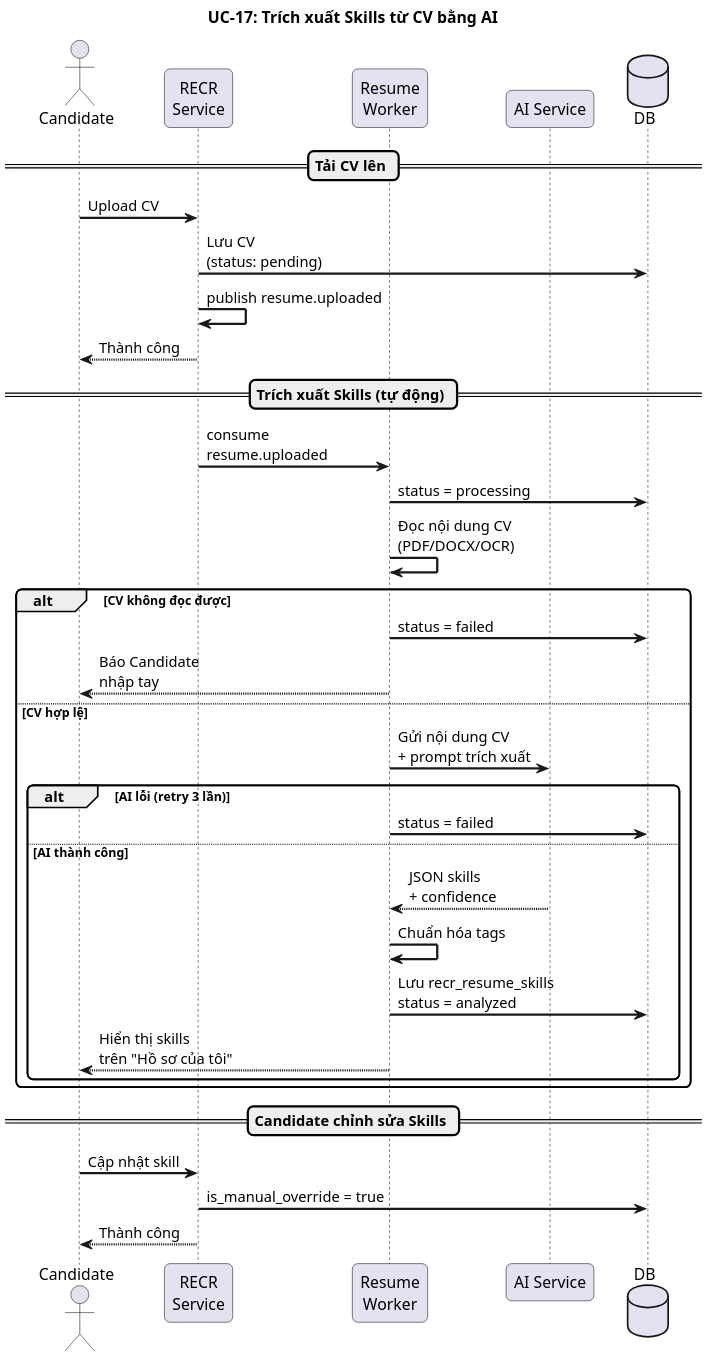
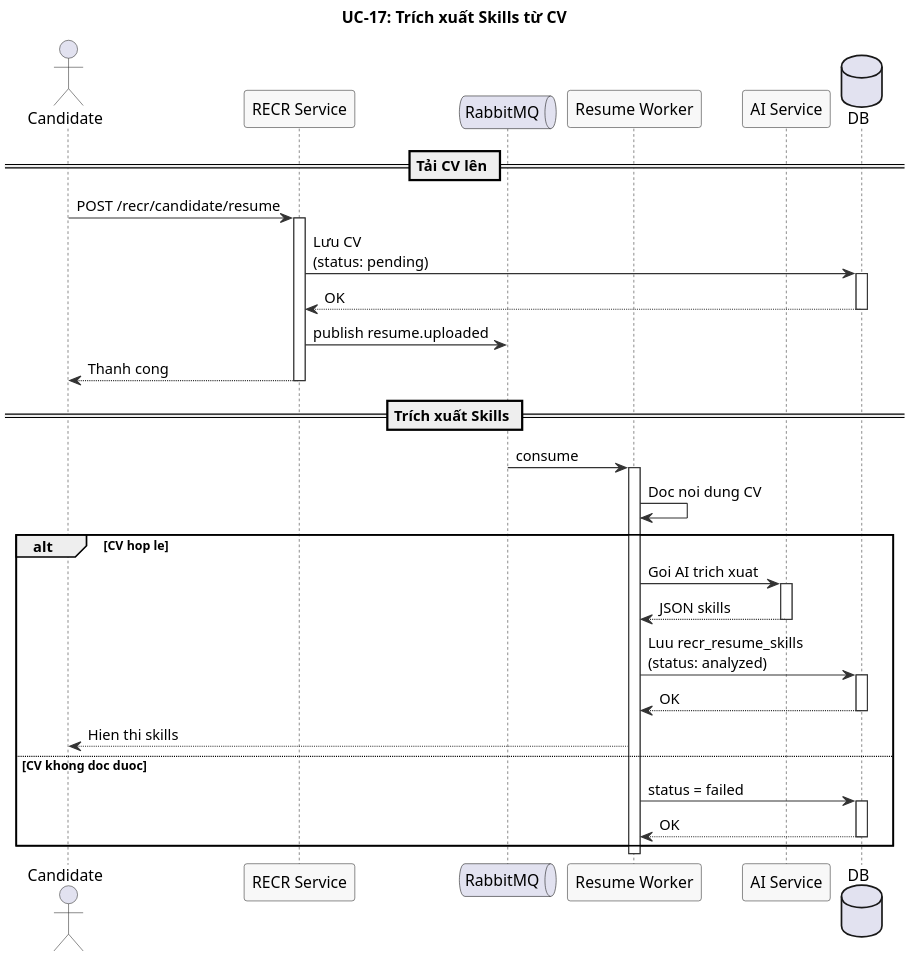
One commit to namnh240795/document changed the diagram in modules/recr/diagrams/sequence/uc17-resume-skill-extraction-sequence.puml. Above: the diagram before and after it, drawn with PlantUML. The commit also changed 23 other files, not shown here.

First line of the commit message:
refactor(recr): standardize diagram style for UC-16 to UC-19

```diff
--- a/modules/recr/diagrams/sequence/uc17-resume-skill-extraction-sequence.puml
+++ b/modules/recr/diagrams/sequence/uc17-resume-skill-extraction-sequence.puml
@@ -1,49 +1,57 @@
-@startuml uc17-resume-skill-extraction-sequence
-title UC-17: Trích xuất Skills từ CV bằng AI
+@startuml
+' UC-17: Trích xuất Skills từ CV - Sơ đồ Chuỗi
 skinparam dpi 200
-skinparam backgroundColor white
-skinparam sequenceArrowThickness 2
-skinparam roundcorner 10
-skinparam sequenceParticipantPadding 20
+skinparam sequence {
+  ArrowColor #333333
+  ActorBorderColor #333333
+  LifeLineBorderColor #333333
+  ParticipantBackgroundColor #F8F8F8
+  ParticipantBorderColor #333333
+}
+
+title UC-17: Trích xuất Skills từ CV
 
 actor "Candidate" as C
-participant "RECR\nService" as R
-participant "Resume\nWorker" as W
+participant "RECR Service" as R
+queue "RabbitMQ" as MQ
+participant "Resume Worker" as W
 participant "AI Service" as AI
 database "DB" as DB
 
 == Tải CV lên ==
 
-C -> R : Upload CV
+C -> R : POST /recr/candidate/resume
+activate R
 R -> DB : Lưu CV\n(status: pending)
-R -> R : publish resume.uploaded
-R --> C : Thành công
+activate DB
+DB --> R : OK
+deactivate DB
+R -> MQ : publish resume.uploaded
+R --> C : Thanh cong
+deactivate R
 
-== Trích xuất Skills (tự động) ==
+== Trích xuất Skills ==
 
-R -> W : consume\nresume.uploaded
-W -> DB : status = processing
-W -> W : Đọc nội dung CV\n(PDF/DOCX/OCR)
+MQ -> W : consume
+activate W
+W -> W : Doc noi dung CV
 
-alt CV không đọc được
+alt CV hop le
+  W -> AI : Goi AI trich xuat
+  activate AI
+  AI --> W : JSON skills
+  deactivate AI
+  W -> DB : Luu recr_resume_skills\n(status: analyzed)
+  activate DB
+  DB --> W : OK
+  deactivate DB
+  W --> C : Hien thi skills
+else CV khong doc duoc
   W -> DB : status = failed
-  W --> C : Báo Candidate\nnhập tay
-else CV hợp lệ
-  W -> AI : Gửi nội dung CV\n+ prompt trích xuất
-  alt AI lỗi (retry 3 lần)
-    W -> DB : status = failed
-  else AI thành công
-    AI --> W : JSON skills\n+ confidence
-    W -> W : Chuẩn hóa tags
-    W -> DB : Lưu recr_resume_skills\nstatus = analyzed
-    W --> C : Hiển thị skills\ntrên "Hồ sơ của tôi"
-  end
+  activate DB
+  DB --> W : OK
+  deactivate DB
 end
-
-== Candidate chỉnh sửa Skills ==
-
-C -> R : Cập nhật skill
-R -> DB : is_manual_override = true
-R --> C : Thành công
+deactivate W
 
 @enduml
```
